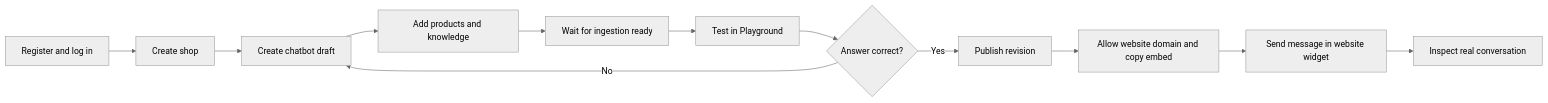
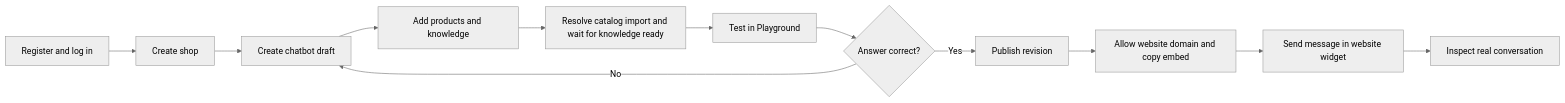
The diagram in docs/design/flows-and-states.md (nmNDiem/agent-hub), drawn with Mermaid (neutral theme) before and after one commit. The commit also changed other lines of this file and 25 other files, not shown here.

````diff
--- a/docs/design/flows-and-states.md
+++ b/docs/design/flows-and-states.md
@@ -4,14 +4,14 @@
 ```mermaid
 flowchart LR
  A[Register and log in] --> B[Create shop]
  B --> C[Create chatbot draft]
  C --> D[Add products and knowledge]
- D --> E[Wait for ingestion ready]
+ D --> E[Resolve catalog import and wait for knowledge ready]
  E --> F[Test in Playground]
  F --> G{Answer correct?}
  G -->|No| C
  G -->|Yes| H[Publish revision]
  H --> I[Allow website domain and copy embed]
  I --> J[Send message in website widget]
  J --> K[Inspect real conversation]
 ```
````
